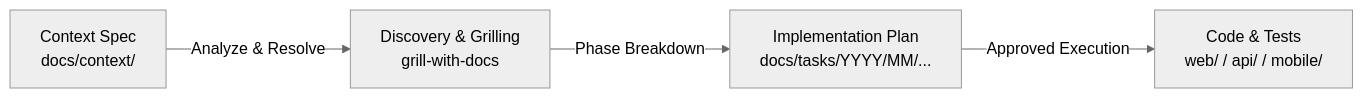
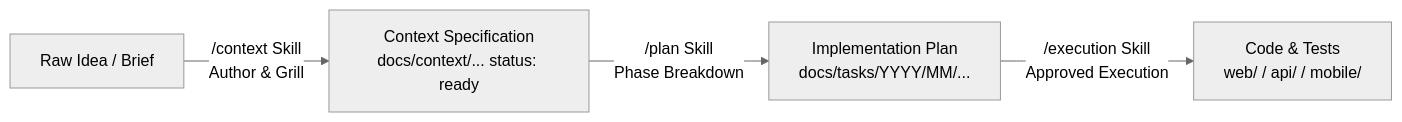
One commit to markromolecule/context-factory changed the diagram in docs/context/README.md. Above: the diagram before and after it, drawn with Mermaid (neutral theme). The commit also changed other lines of this file and 24 other files, not shown here.

First line of the commit message:
feat(context): add context specification skill with embedded grilling

````diff
--- a/docs/context/README.md
+++ b/docs/context/README.md
@@ -17,6 +17,6 @@
 ```mermaid
 graph LR
-    A[Context Spec<br/>docs/context/] -->|Analyze & Resolve| B[Discovery & Grilling<br/>grill-with-docs]
-    B -->|Phase Breakdown| C[Implementation Plan<br/>docs/tasks/YYYY/MM/...]
-    C -->|Approved Execution| D[Code & Tests<br/>web/ / api/ / mobile/]
+    A[Raw Idea / Brief] -->|/context Skill<br/>Author & Grill| B[Context Specification<br/>docs/context/... status: ready]
+    B -->|/plan Skill<br/>Phase Breakdown| C[Implementation Plan<br/>docs/tasks/YYYY/MM/...]
+    C -->|/execution Skill<br/>Approved Execution| D[Code & Tests<br/>web/ / api/ / mobile/]
 ```
````
